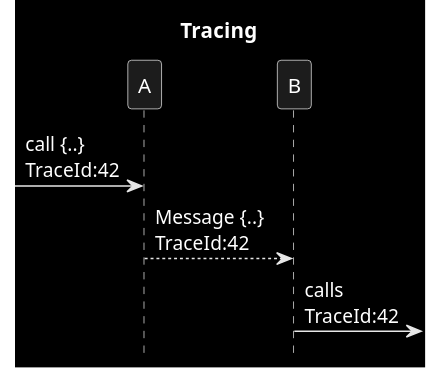
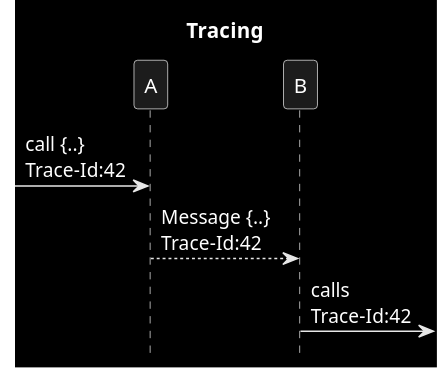
The diagram in patterns/8_tracing.puml (victorrentea/kafka), drawn with PlantUML before and after one commit. The commit also changed 13 other files, not shown here.

```diff
--- a/patterns/8_tracing.puml
+++ b/patterns/8_tracing.puml
@@ -1,9 +1,9 @@
 @startuml
 title Tracing
 hide footbox
 skinparam monochrome reverse
 
-->A:call {..} \nTraceId:42
-A-->B: Message {..} \nTraceId:42
-B->:calls \nTraceId:42
+->A:call {..} \nTrace-Id:42
+A-->B: Message {..} \nTrace-Id:42
+B->:calls \nTrace-Id:42
 @enduml
```
